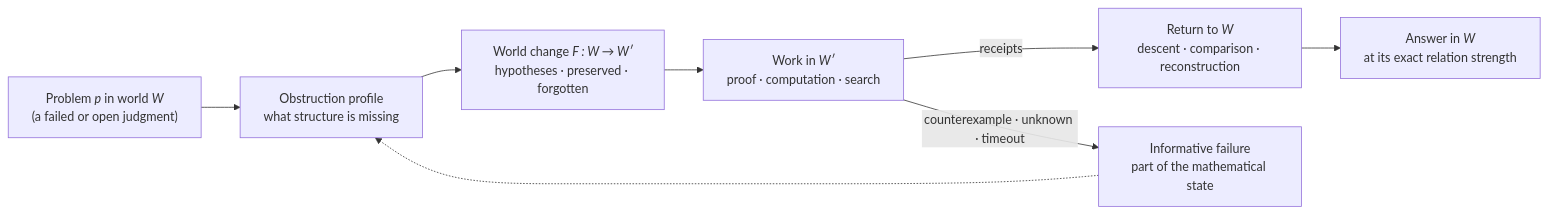
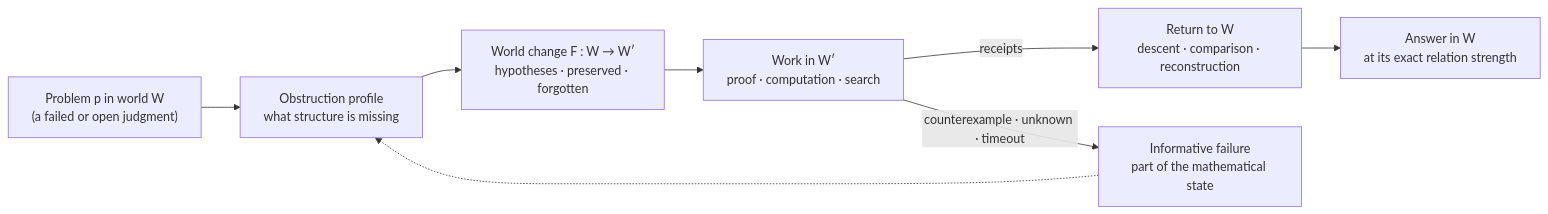
The diagram in README.md (AlienMuse/grothendieckian-machine), drawn with Mermaid before and after one commit. The commit also changed other lines of this file and 7 other files, not shown here.

````diff
--- a/README.md
+++ b/README.md
@@ -74,10 +75,10 @@
 ```mermaid
 flowchart LR
-    P["Problem <i>p</i> in world <i>W</i><br/>(a failed or open judgment)"] --> O["Obstruction profile<br/>what structure is missing"]
-    O --> F["World change <i>F : W → W′</i><br/>hypotheses · preserved · forgotten"]
-    F --> C["Work in <i>W′</i><br/>proof · computation · search"]
-    C -->|receipts| R["Return to <i>W</i><br/>descent · comparison · reconstruction"]
+    P["Problem p in world W<br/>(a failed or open judgment)"] --> O["Obstruction profile<br/>what structure is missing"]
+    O --> F["World change F : W → W′<br/>hypotheses · preserved · forgotten"]
+    F --> C["Work in W′<br/>proof · computation · search"]
+    C -->|receipts| R["Return to W<br/>descent · comparison · reconstruction"]
     C -->|counterexample · unknown · timeout| X["Informative failure<br/>part of the mathematical state"]
-    R --> A["Answer in <i>W</i><br/>at its exact relation strength"]
+    R --> A["Answer in W<br/>at its exact relation strength"]
     X -.-> O
 ```
````
